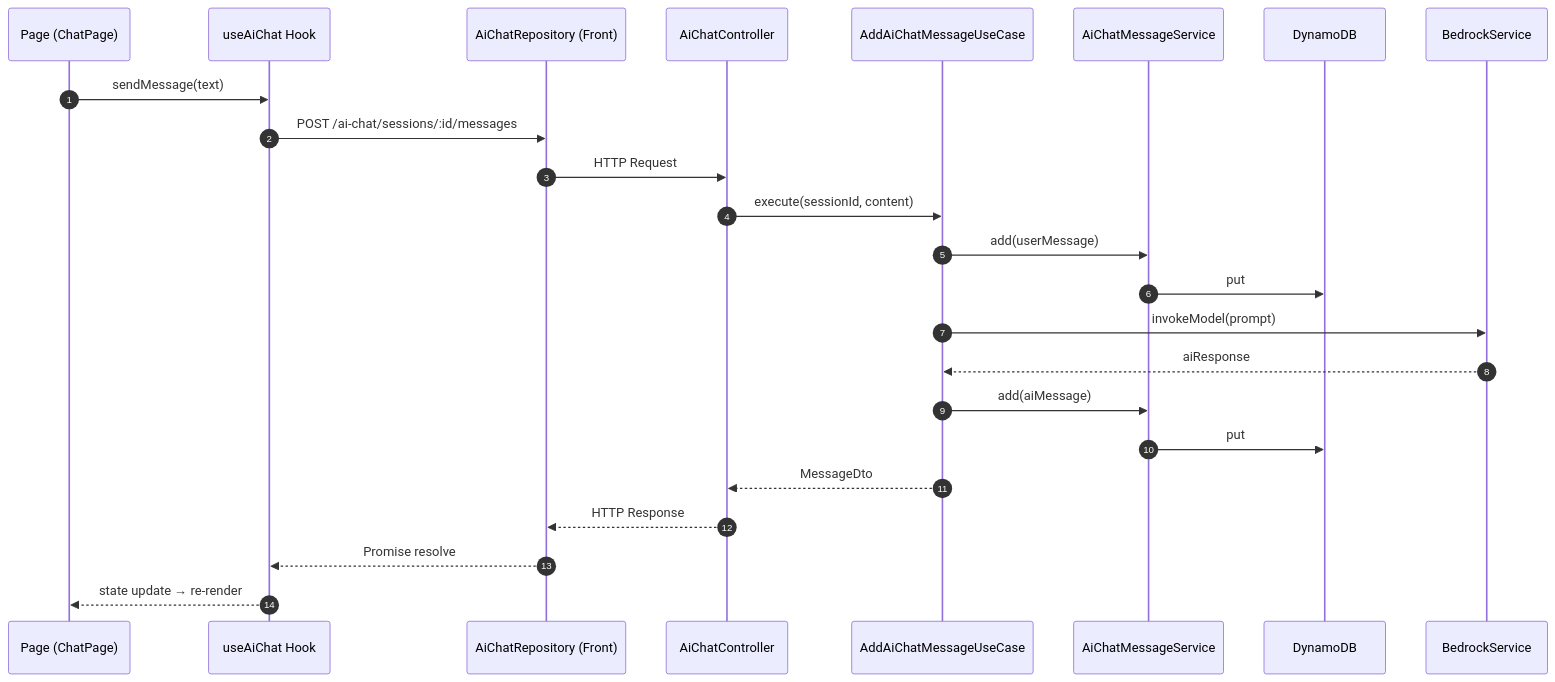
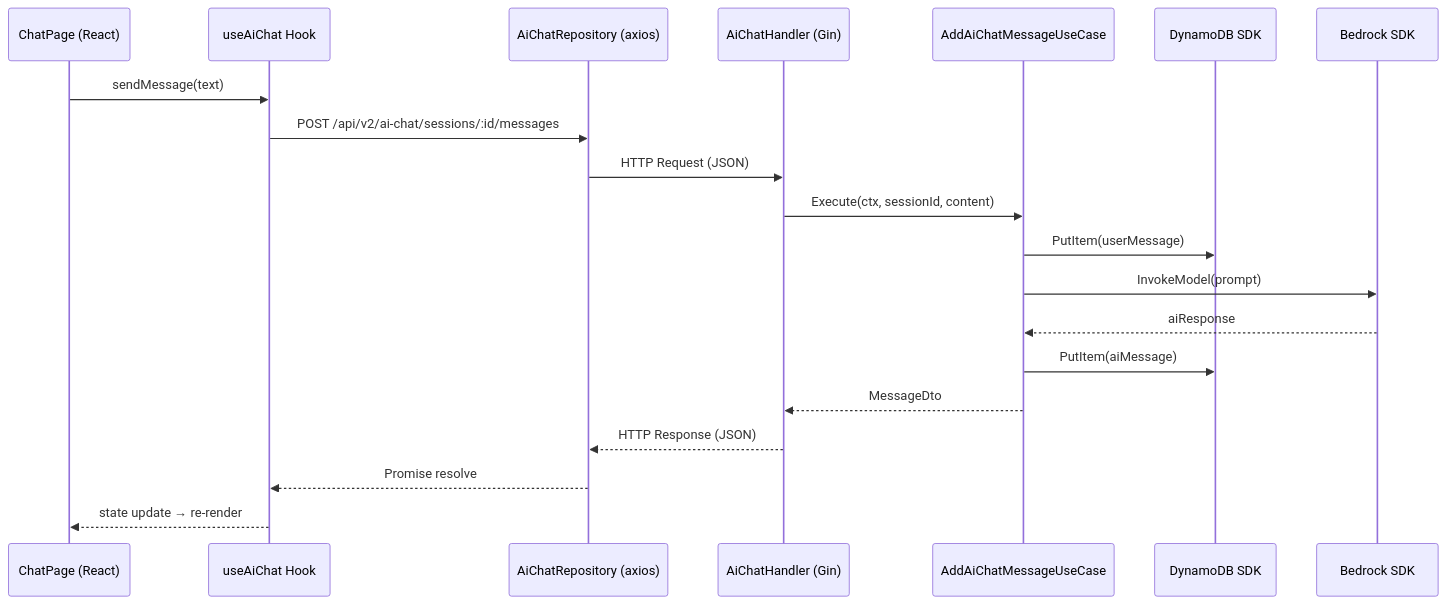
The fourth of 5 diagrams in docs/ARCHITECTURE.md (norman6464/FreStyle), drawn with Mermaid before and after one commit. The commit also changed other lines of this file, not shown here.

First line of the commit message:
docs: ARCHITECTURE.md を Go (Gin + GORM) ターゲット中心に書き換え (#1524)

````diff
--- a/docs/ARCHITECTURE.md
+++ b/docs/ARCHITECTURE.md
@@ -349,27 +237,23 @@
 ```mermaid
 sequenceDiagram
-    autonumber
-    participant FE as Page (ChatPage)
+    participant FE as ChatPage (React)
     participant Hook as useAiChat Hook
-    participant Repo as AiChatRepository (Front)
-    participant Ctrl as AiChatController
+    participant Repo as AiChatRepository (axios)
+    participant H as AiChatHandler (Gin)
     participant UC as AddAiChatMessageUseCase
-    participant Svc as AiChatMessageService
-    participant DDB as DynamoDB
-    participant Bed as BedrockService
+    participant DDB as DynamoDB SDK
+    participant Bed as Bedrock SDK
 
     FE->>Hook: sendMessage(text)
-    Hook->>Repo: POST /ai-chat/sessions/:id/messages
-    Repo->>Ctrl: HTTP Request
-    Ctrl->>UC: execute(sessionId, content)
-    UC->>Svc: add(userMessage)
-    Svc->>DDB: put
-    UC->>Bed: invokeModel(prompt)
+    Hook->>Repo: POST /api/v2/ai-chat/sessions/:id/messages
+    Repo->>H: HTTP Request (JSON)
+    H->>UC: Execute(ctx, sessionId, content)
+    UC->>DDB: PutItem(userMessage)
+    UC->>Bed: InvokeModel(prompt)
     Bed-->>UC: aiResponse
-    UC->>Svc: add(aiMessage)
-    Svc->>DDB: put
-    UC-->>Ctrl: MessageDto
-    Ctrl-->>Repo: HTTP Response
+    UC->>DDB: PutItem(aiMessage)
+    UC-->>H: MessageDto
+    H-->>Repo: HTTP Response (JSON)
     Repo-->>Hook: Promise resolve
     Hook-->>FE: state update → re-render
 ```
````
